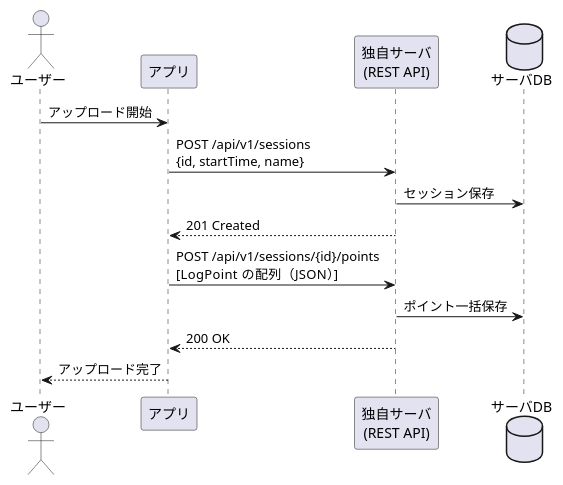
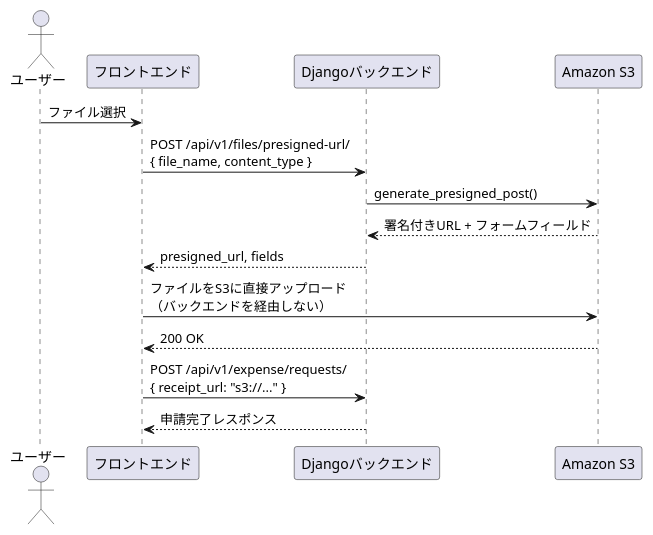
One commit to miyauchi0224/HRM changed the fifth of 6 diagrams in .claude/design_detail.md. Above: the diagram before and after it, drawn with PlantUML. The commit also changed other lines of this file and 150 other files, not shown here.

````diff
--- a/.claude/design_detail.md
+++ b/.claude/design_detail.md
@@ -460,19 +898,20 @@
 ```plantuml
 @startuml
-actor ユーザー
-participant "アプリ" as App
-participant "独自サーバ\n(REST API)" as API
-database "サーバDB" as DB
+actor ユーザー as user
+participant "フロントエンド" as fe
+participant "Djangoバックエンド" as be
+participant "Amazon S3" as s3
 
-ユーザー -> App : アップロード開始
-App -> API : POST /api/v1/sessions\n{id, startTime, name}
-API -> DB : セッション保存
-API --> App : 201 Created
+user -> fe : ファイル選択
+fe -> be : POST /api/v1/files/presigned-url/\n{ file_name, content_type }
+be -> s3 : generate_presigned_post()
+s3 --> be : 署名付きURL + フォームフィールド
+be --> fe : presigned_url, fields
 
-App -> API : POST /api/v1/sessions/{id}/points\n[LogPoint の配列（JSON）]
-API -> DB : ポイント一括保存
-API --> App : 200 OK
+fe -> s3 : ファイルをS3に直接アップロード\n（バックエンドを経由しない）
+s3 --> fe : 200 OK
 
-App --> ユーザー : アップロード完了
+fe -> be : POST /api/v1/expense/requests/\n{ receipt_url: "s3://..." }
+be --> fe : 申請完了レスポンス
 @enduml
 ```
````
